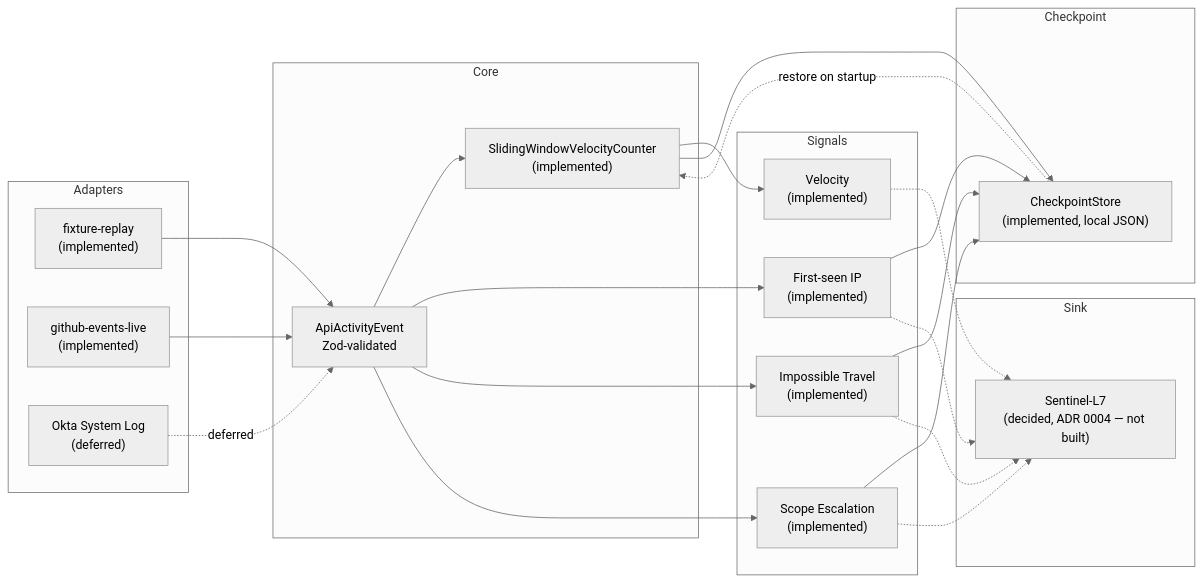
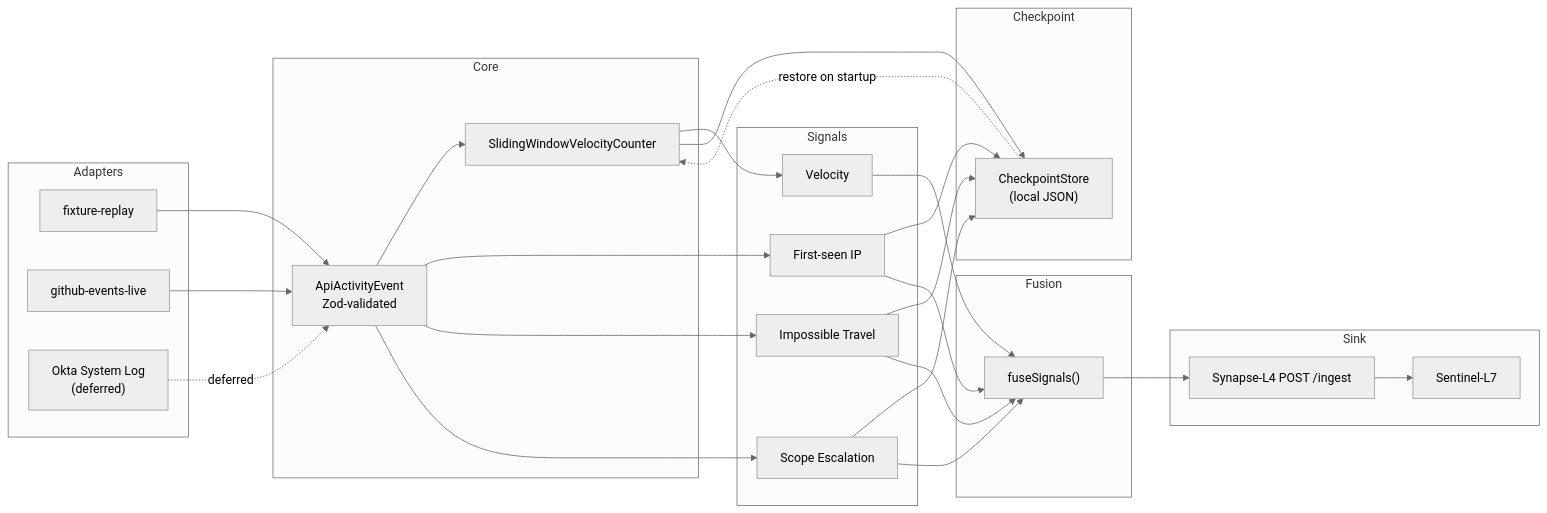
Before and after one commit to obrienma/Xylem-L6: the diagram in README.md, drawn with Mermaid (neutral theme). The commit also changed other lines of this file and 9 other files, not shown here.

````diff
--- a/README.md
+++ b/README.md
@@ -86,42 +90,48 @@
 ```mermaid
 flowchart LR
     subgraph Adapters
-        F["fixture-replay\n(implemented)"]
-        G["github-events-live\n(implemented)"]
+        F["fixture-replay"]
+        G["github-events-live"]
         O["Okta System Log\n(deferred)"]
     end
     subgraph Core
         E[ApiActivityEvent\nZod-validated]
-        W["SlidingWindowVelocityCounter\n(implemented)"]
+        W["SlidingWindowVelocityCounter"]
     end
     subgraph Signals
-        V["Velocity\n(implemented)"]
-        FS["First-seen IP\n(implemented)"]
-        IT["Impossible Travel\n(implemented)"]
-        SE["Scope Escalation\n(implemented)"]
+        V["Velocity"]
+        FS["First-seen IP"]
+        IT["Impossible Travel"]
+        SE["Scope Escalation"]
     end
     subgraph Checkpoint
-        CP["CheckpointStore\n(implemented, local JSON)"]
+        CP["CheckpointStore\n(local JSON)"]
+    end
+    subgraph Fusion
+        FN["fuseSignals()"]
     end
     subgraph Sink
-        S["Sentinel-L7\n(decided, ADR 0004 — not built)"]
+        SY["Synapse-L4 POST /ingest"]
+        S7["Sentinel-L7"]
     end
 
     F --> E
     G --> E
     O -.->|deferred| E
     E --> W
     E --> FS
     E --> IT
     E --> SE
     W --> V
     W --> CP
     FS --> CP
     IT --> CP
     SE --> CP
     CP -.->|restore on startup| W
-    V -.-> S
-    FS -.-> S
-    IT -.-> S
-    SE -.-> S
+    V --> FN
+    FS --> FN
+    IT --> FN
+    SE --> FN
+    FN --> SY
+    SY --> S7
 ```
````
